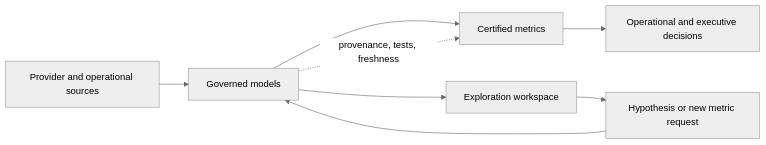
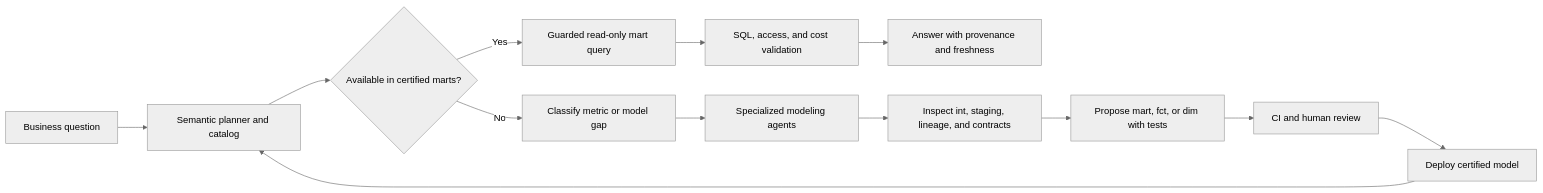
One commit to Thenkei/blog changed the diagram in content/posts/self-service-analytics-that-doesnt-lie/en.mdx. Above: the diagram before and after it, drawn with Mermaid (neutral theme). The commit also changed other lines of this file and 7 other files, not shown here.

````diff
--- a/content/posts/self-service-analytics-that-doesnt-lie/en.mdx
+++ b/content/posts/self-service-analytics-that-doesnt-lie/en.mdx
@@ -102,10 +82,15 @@
 ```mermaid
 flowchart LR
-    A[Provider and operational sources] --> B[Governed models]
-    B --> C[Certified metrics]
-    B --> D[Exploration workspace]
-    C --> E[Operational and executive decisions]
-    D --> F[Hypothesis or new metric request]
-    F --> B
-    B -. provenance, tests, freshness .-> C
+    A[Business question] --> B[Semantic planner and catalog]
+    B --> C{Available in certified marts?}
+    C -->|Yes| D[Guarded read-only mart query]
+    D --> E[SQL, access, and cost validation]
+    E --> F[Answer with provenance and freshness]
+    C -->|No| G[Classify metric or model gap]
+    G --> H[Specialized modeling agents]
+    H --> I[Inspect int, staging, lineage, and contracts]
+    I --> J[Propose mart, fct, or dim with tests]
+    J --> K[CI and human review]
+    K --> L[Deploy certified model]
+    L --> B
 ```
````
